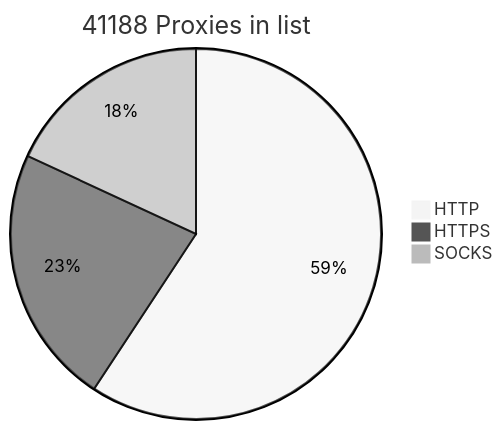
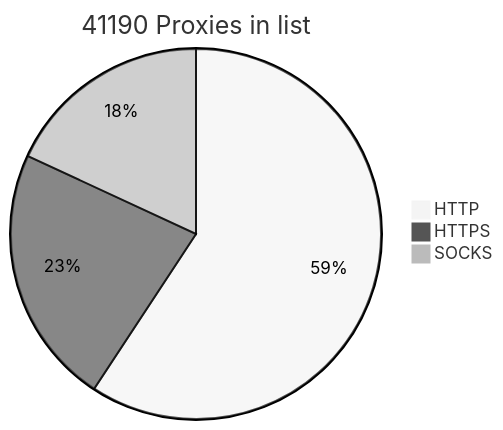
The diagram in README.md (BlackSnowDot/proxylist-update-every-minute), drawn with Mermaid (neutral theme) before and after one commit.

````diff
--- a/README.md
+++ b/README.md
@@ -2,6 +2,6 @@
 ```mermaid
-pie title 41188 Proxies in list
-    "HTTP" : 28680
-    "HTTPS": 10958
+pie title 41190 Proxies in list
+    "HTTP" : 28681
+    "HTTPS": 10959
     "SOCKS" : 8756
 ```
````
